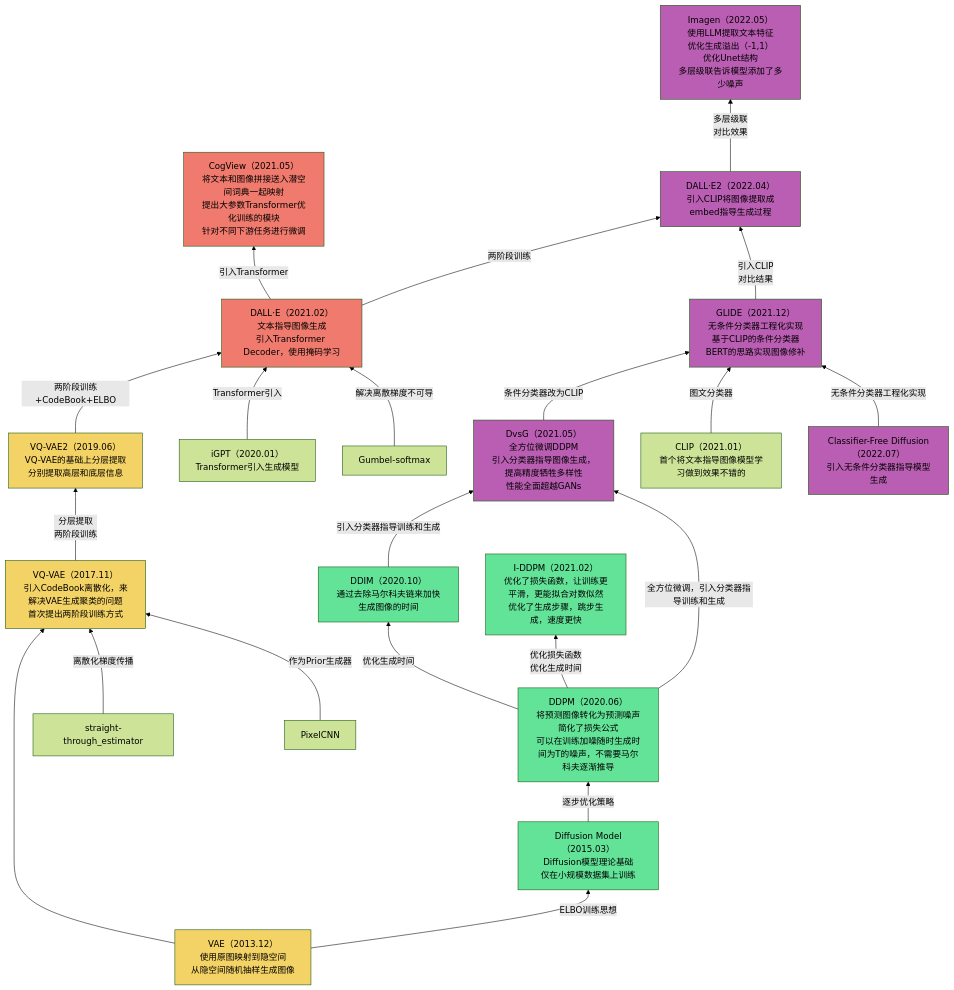
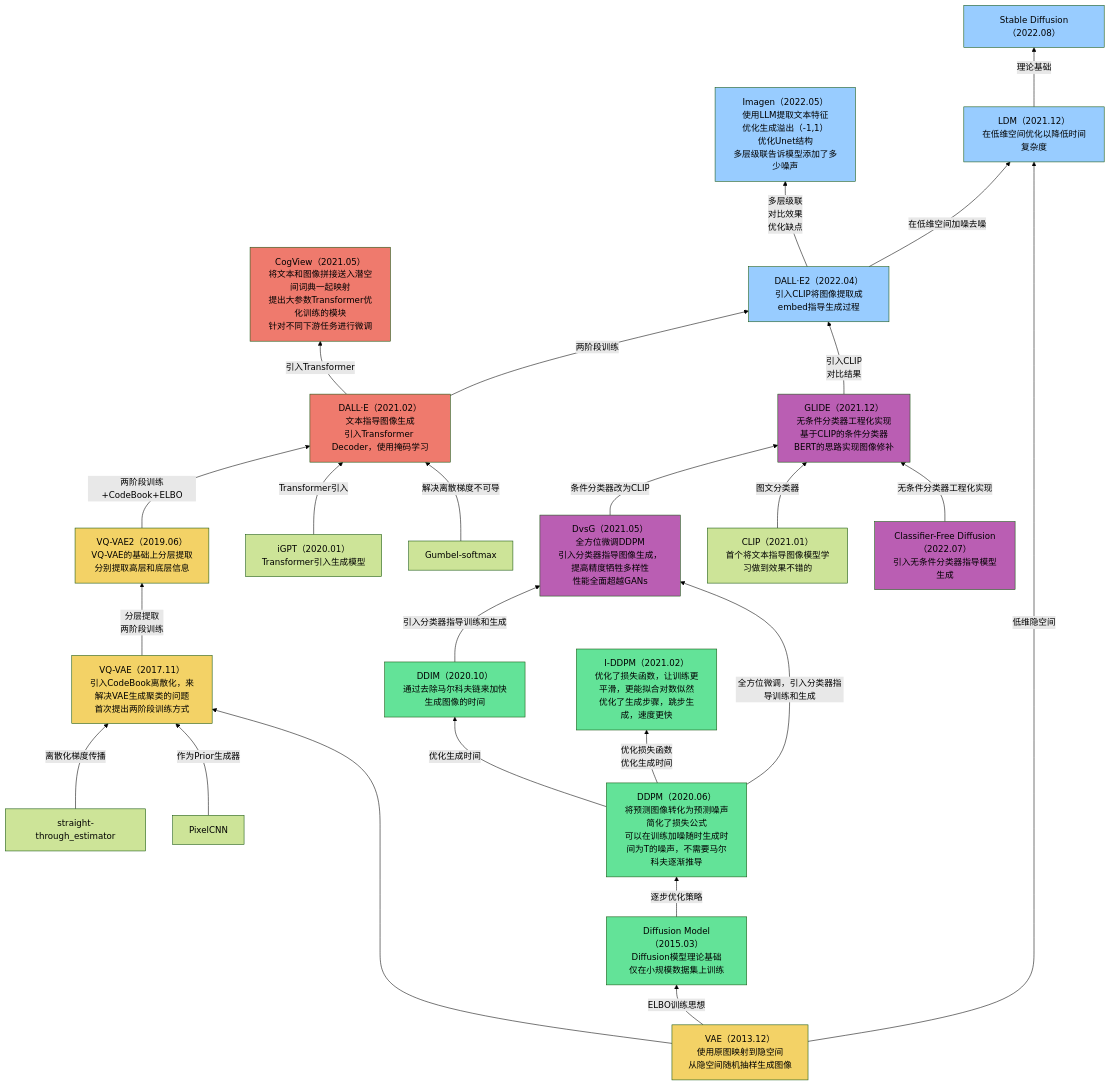
Before and after one commit to Elephant-King9/Paper: the fourth of 5 diagrams in Base_Model/GAN+VAE+Diffusion/analyse.md, drawn with Mermaid (forest theme). The commit also changed other lines of this file and 6 other files, not shown here.

````diff
--- a/Base_Model/GAN+VAE+Diffusion/analyse.md
+++ b/Base_Model/GAN+VAE+Diffusion/analyse.md
@@ -94,54 +94,67 @@
 ```mermaid
 flowchart BT
 VAE-->VQ-VAE
 straight-through_estimator-->|离散化梯度传播|VQ-VAE
 PixelCNN-->|作为Prior生成器|VQ-VAE
 VAE-->|ELBO训练思想|Diffusion_Model
 VQ-VAE-->|分层提取<br>两阶段训练|VQ-VAE2
 VQ-VAE2-->|两阶段训练+CodeBook+ELBO|DALL-E
 I-GPT-->|Transformer引入|DALL-E
 Gumbel-softmax-->|解决离散梯度不可导|DALL-E
 DALL-E-->|引入Transformer|CogView
 Diffusion_Model-->|逐步优化策略|DDPM
 DDPM-->|优化生成时间|DDIM
 DDPM-->|优化损失函数<br>优化生成时间|IDDPM
 DDIM-->|引入分类器指导训练和生成|ADM
 DDPM-->|全方位微调，引入分类器指导训练和生成|ADM
 ADM-->|条件分类器改为CLIP|GLIDE
 CLIP-->|图文分类器|GLIDE
 Classifier-Free_Diffusion-->|无条件分类器工程化实现|GLIDE
 DALL-E-->|两阶段训练|DALL-E2
-DALL-E2-->|多层级联<br>对比效果|Imagen
+DALL-E2-->|多层级联<br>对比效果<br>优化缺点|Imagen
 GLIDE-->|引入CLIP<br>对比结果|DALL-E2
+VAE-->|低维隐空间|LDM
+DALL-E2-->|在低维空间加噪去噪|LDM
+LDM-->|理论基础|Stable_Diffusion
+
+
+
+
+
+
 VAE[VAE（2013.12）<br>使用原图映射到隐空间<br>从隐空间随机抽样生成图像]
 	style VAE fill:#F3D266
 VQ-VAE[VQ-VAE（2017.11）<br>引入CodeBook离散化，来解决VAE生成聚类的问题<br>首次提出两阶段训练方式]
 	style VQ-VAE fill:#F3D266
 VQ-VAE2[VQ-VAE2（2019.06）<br>VQ-VAE的基础上分层提取<br>分别提取高层和底层信息]
 	style VQ-VAE2 fill:#F3D266
 DALL-E[DALL·E（2021.02）<br>文本指导图像生成<br>引入Transformer Decoder，使用掩码学习]
 	style DALL-E fill:#EF7A6D
 I-GPT[iGPT（2020.01）<br>Transformer引入生成模型]
 Gumbel-softmax[Gumbel-softmax]
 Diffusion_Model[Diffusion Model（2015.03）<br>Diffusion模型理论基础<br>仅在小规模数据集上训练]
 	style Diffusion_Model fill:#63E398
 DDPM[DDPM（2020.06）<br>将预测图像转化为预测噪声<br>简化了损失公式<br>可以在训练加噪随时生成时间为T的噪声，不需要马尔科夫逐渐推导]
 	style DDPM fill:#63E398
 DDIM[DDIM（2020.10）<br>通过去除马尔科夫链来加快生成图像的时间]
 	style DDIM fill:#63E398
 IDDPM[I-DDPM（2021.02）<br>优化了损失函数，让训练更平滑，更能拟合对数似然<br>优化了生成步骤，跳步生成，速度更快]
 	style IDDPM fill:#63E398
 ADM[DvsG（2021.05）<br>全方位微调DDPM<br>引入分类器指导图像生成，提高精度牺牲多样性<br>性能全面超越GANs]
 	style ADM fill:#BA5EB3
 CogView[CogView（2021.05）<br>将文本和图像拼接送入潜空间词典一起映射<br>提出大参数Transformer优化训练的模块<br>针对不同下游任务进行微调]
 	style CogView fill:#EF7A6D
 Classifier-Free_Diffusion[Classifier-Free Diffusion（2022.07）<br>引入无条件分类器指导模型生成]
 	style Classifier-Free_Diffusion fill:#BA5EB3
 CLIP[CLIP（2021.01）<br>首个将文本指导图像模型学习做到效果不错的]
 GLIDE[GLIDE（2021.12）<br>无条件分类器工程化实现<br>基于CLIP的条件分类器<br>BERT的思路实现图像修补]
 	style GLIDE fill:#BA5EB3
 DALL-E2[DALL·E2（2022.04）<br>引入CLIP将图像提取成embed指导生成过程]
-	style DALL-E2 fill:#BA5EB3
+	style DALL-E2 fill:#98CCFF
 Imagen[Imagen（2022.05）<br>使用LLM提取文本特征<br>优化生成溢出（-1,1）<br>优化Unet结构<br>多层级联告诉模型添加了多少噪声]
-	style Imagen fill:#BA5EB3
+	style Imagen fill:#98CCFF
+LDM[LDM（2021.12）<br>在低维空间优化以降低时间复杂度]
+	style LDM fill:#98CCFF
+Stable_Diffusion[Stable Diffusion（2022.08）]
+	style Stable_Diffusion fill:#98CCFF
 ```
````
